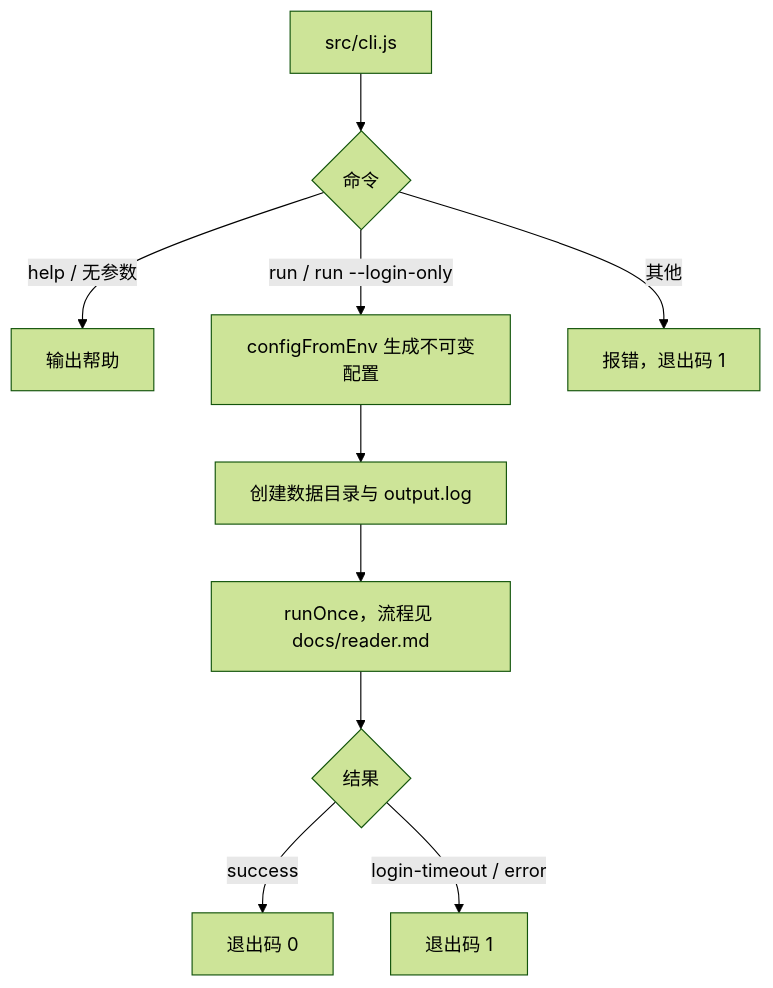
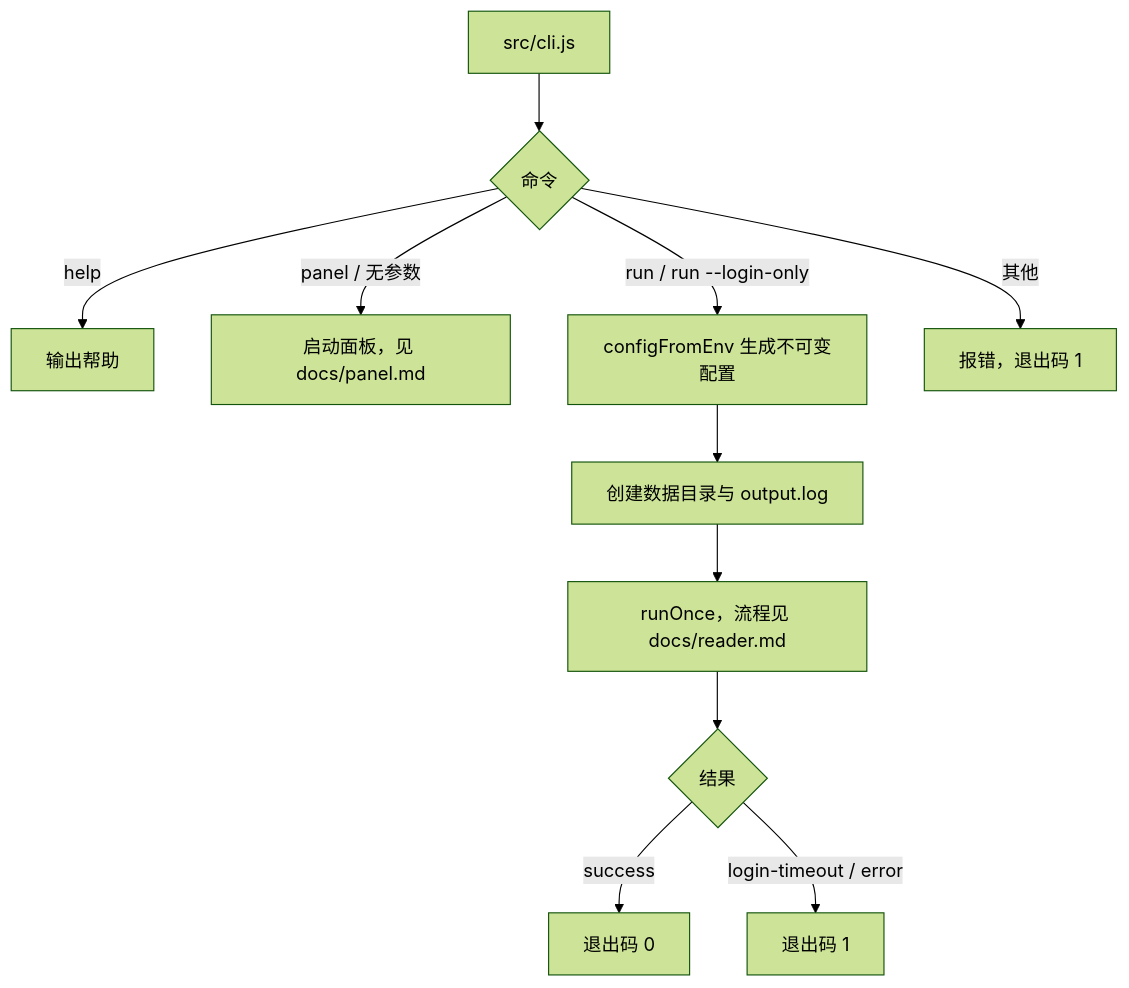
Before and after one commit to lonemoonspace/Weread-Assistant: the diagram in docs/cli.md, drawn with Mermaid (forest theme). The commit also changed other lines of this file and 29 other files, not shown here.

````diff
--- a/docs/cli.md
+++ b/docs/cli.md
@@ -33,12 +34,13 @@
 ```mermaid
 flowchart TD
   A[src/cli.js] --> B{命令}
-  B -->|help / 无参数| C[输出帮助]
+  B -->|help| C[输出帮助]
+  B -->|panel / 无参数| P[启动面板，见 docs/panel.md]
   B -->|run / run --login-only| D[configFromEnv 生成不可变配置]
   D --> E[创建数据目录与 output.log]
   E --> F[runOnce，流程见 docs/reader.md]
   F --> K{结果}
   K -->|success| M[退出码 0]
   K -->|login-timeout / error| N[退出码 1]
   B -->|其他| L[报错，退出码 1]
 ```
````
